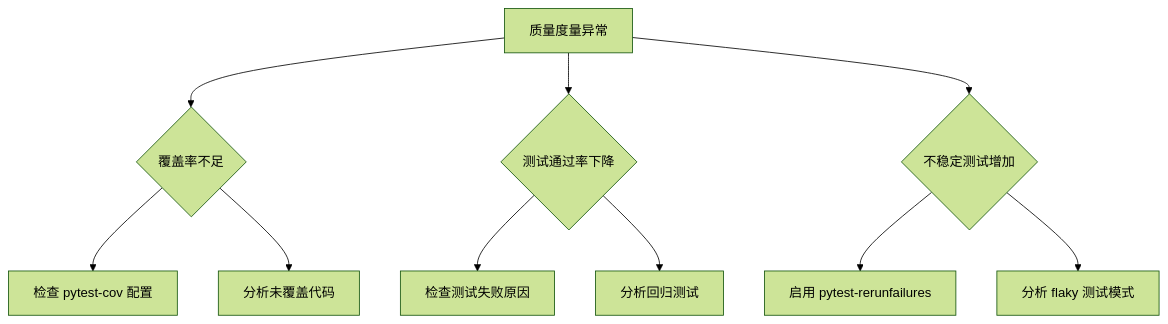
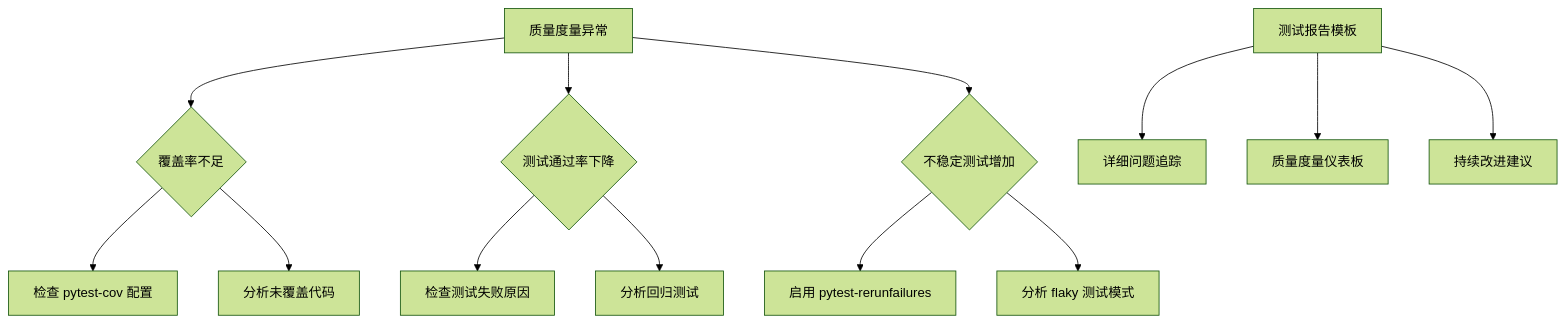
Before and after one commit to AngelWings1997/altas: the ninth of 9 diagrams in .qoder/repowiki/zh/content/Altas Workflow Core/测试数据管理参考.md, drawn with Mermaid (forest theme). The commit also changed other lines of this file and 8 other files, not shown here.

````diff
--- a/.qoder/repowiki/zh/content/Altas Workflow Core/测试数据管理参考.md
+++ b/.qoder/repowiki/zh/content/Altas Workflow Core/测试数据管理参考.md
@@ -337,12 +528,15 @@
 ```mermaid
 flowchart TD
 A[质量度量异常] --> B{覆盖率不足}
 A --> C{测试通过率下降}
 A --> D{不稳定测试增加}
 B --> B1[检查 pytest-cov 配置]
 B --> B2[分析未覆盖代码]
 C --> C1[检查测试失败原因]
 C --> C2[分析回归测试]
 D --> D1[启用 pytest-rerunfailures]
 D --> D2[分析 flaky 测试模式]
+E[测试报告模板] --> F[详细问题追踪]
+E --> G[质量度量仪表板]
+E --> H[持续改进建议]
 ```
````
